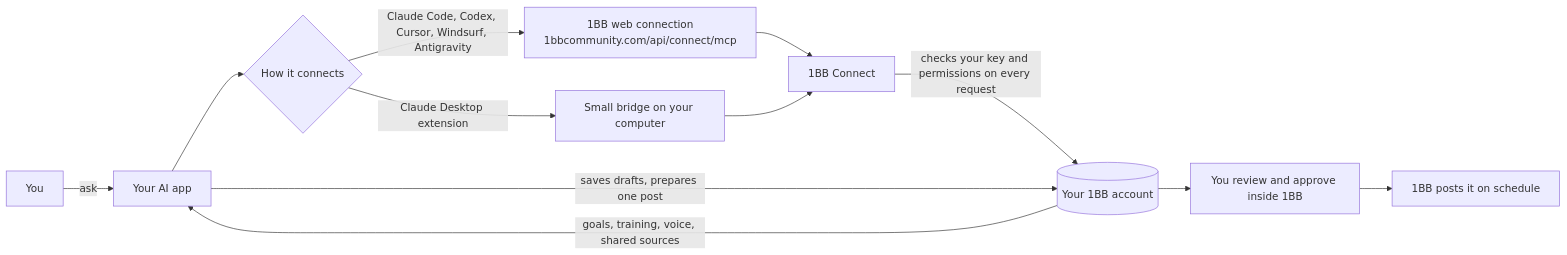
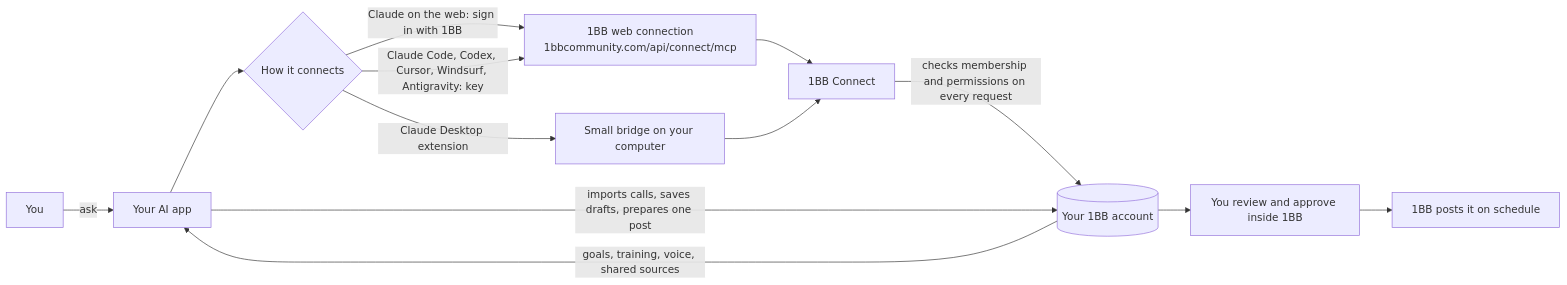
Before and after one commit to 1-Button-Business/1bb-connect-plugins: the diagram in README.md, drawn with Mermaid. The commit also changed other lines of this file and 13 other files, not shown here.

First line of the commit message:
feat: Claude on the web, import-a-call playbook, membership-length keys (0.2.0)

````diff
--- a/README.md
+++ b/README.md
@@ -22,14 +34,15 @@
 ```mermaid
 flowchart LR
   M[You] -->|ask| AI[Your AI app]
   AI --> R{How it connects}
-  R -->|Claude Code, Codex, Cursor, Windsurf, Antigravity| W[1BB web connection<br/>1bbcommunity.com/api/connect/mcp]
+  R -->|Claude on the web: sign in with 1BB| W[1BB web connection<br/>1bbcommunity.com/api/connect/mcp]
+  R -->|Claude Code, Codex, Cursor, Windsurf, Antigravity: key| W
   R -->|Claude Desktop extension| B[Small bridge on your computer]
   W --> A[1BB Connect]
   B --> A
-  A -->|checks your key and permissions on every request| D[(Your 1BB account)]
+  A -->|checks membership and permissions on every request| D[(Your 1BB account)]
   D -->|goals, training, voice, shared sources| AI
-  AI -->|saves drafts, prepares one post| D
+  AI -->|imports calls, saves drafts, prepares one post| D
   D --> Rev[You review and approve inside 1BB]
   Rev --> P[1BB posts it on schedule]
 ```
````
